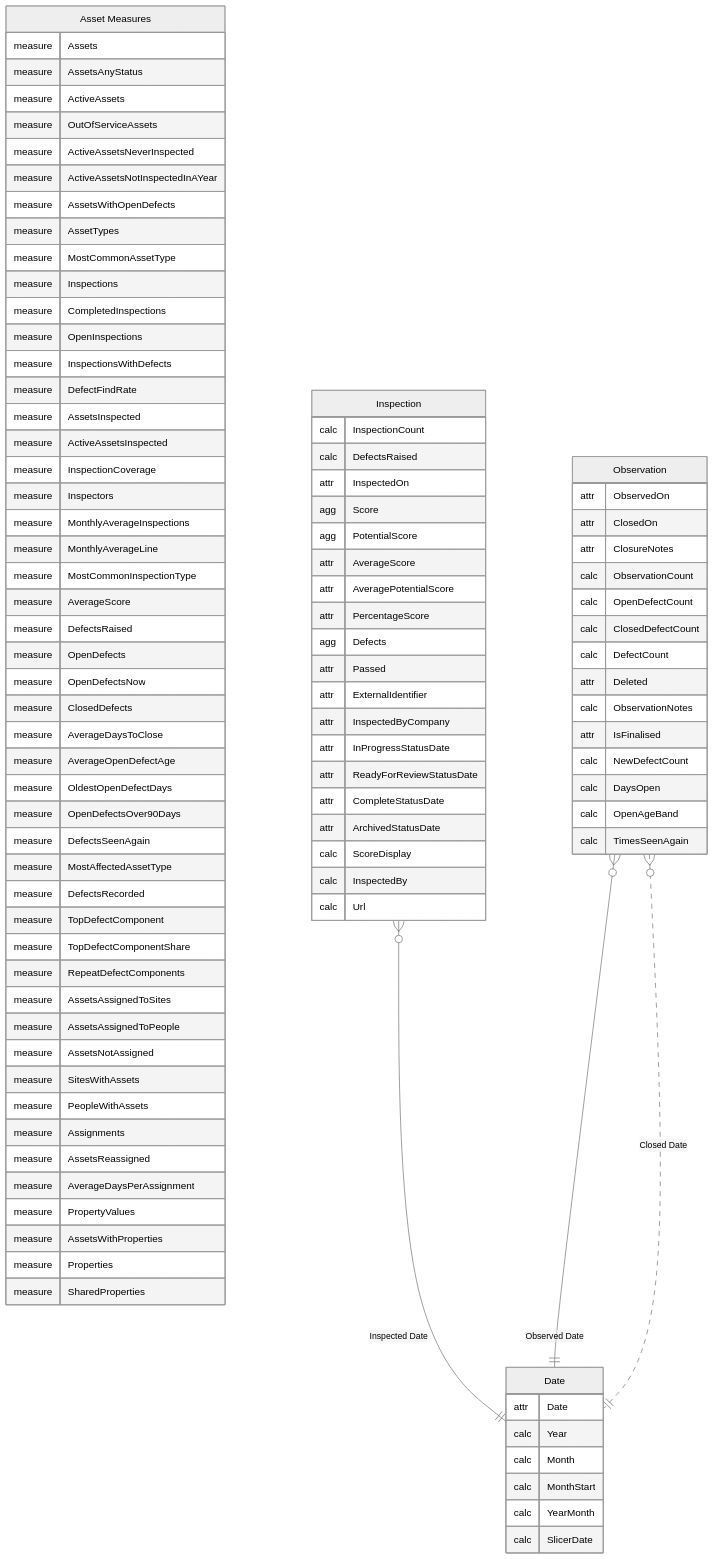
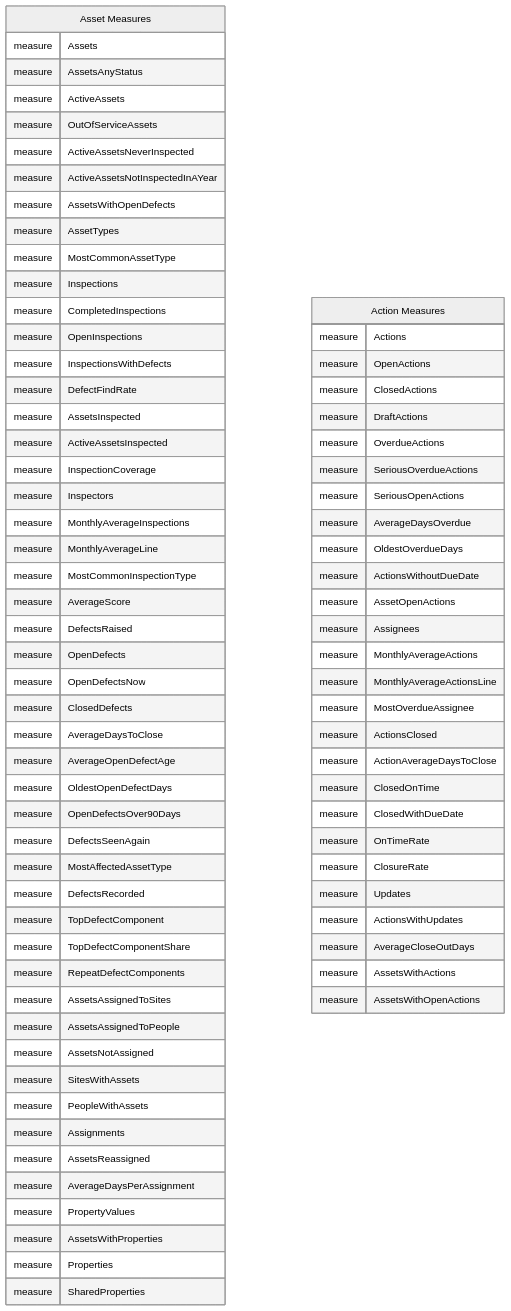
Before and after one commit to work-wallet/BIClient: diagram 15 of 16 in PowerBISamplesModels/Assets.md, drawn with Mermaid. The commit also changed 17 other files, not shown here.

````diff
--- a/PowerBISamplesModels/Assets.md
+++ b/PowerBISamplesModels/Assets.md
@@ -729,14 +748,6 @@
   theme: neutral
 ---
 erDiagram
-    "Date" {
-        attr Date
-        calc Year
-        calc Month
-        calc MonthStart
-        calc YearMonth
-        calc SlicerDate
-    }
     "Asset Measures" {
         measure Assets
         measure AssetsAnyStatus
@@ -787,44 +798,32 @@
         measure Properties
         measure SharedProperties
     }
-    "Inspection" {
-        calc InspectionCount
-        calc DefectsRaised
-        attr InspectedOn
-        agg Score
-        agg PotentialScore
-        attr AverageScore
-        attr AveragePotentialScore
-        attr PercentageScore
-        agg Defects
-        attr Passed
-        attr ExternalIdentifier
-        attr InspectedByCompany
-        attr InProgressStatusDate
-        attr ReadyForReviewStatusDate
-        attr CompleteStatusDate
-        attr ArchivedStatusDate
-        calc ScoreDisplay
-        calc InspectedBy
-        calc Url
+    "Action Measures" {
+        measure Actions
+        measure OpenActions
+        measure ClosedActions
+        measure DraftActions
+        measure OverdueActions
+        measure SeriousOverdueActions
+        measure SeriousOpenActions
+        measure AverageDaysOverdue
+        measure OldestOverdueDays
+        measure ActionsWithoutDueDate
+        measure AssetOpenActions
+        measure Assignees
+        measure MonthlyAverageActions
+        measure MonthlyAverageActionsLine
+        measure MostOverdueAssignee
+        measure ActionsClosed
+        measure ActionAverageDaysToClose
+        measure ClosedOnTime
+        measure ClosedWithDueDate
+        measure OnTimeRate
+        measure ClosureRate
+        measure Updates
+        measure ActionsWithUpdates
+        measure AverageCloseOutDays
+        measure AssetsWithActions
+        measure AssetsWithOpenActions
     }
-    "Observation" {
-        attr ObservedOn
-        attr ClosedOn
-        attr ClosureNotes
-        calc ObservationCount
-        calc OpenDefectCount
-        calc ClosedDefectCount
-        calc DefectCount
-        attr Deleted
-        calc ObservationNotes
-        attr IsFinalised
-        calc NewDefectCount
-        calc DaysOpen
-        calc OpenAgeBand
-        calc TimesSeenAgain
-    }
-    "Inspection" }o--|| "Date" : "Inspected Date"
-    "Observation" }o--|| "Date" : "Observed Date"
-    "Observation" }o..|| "Date" : "Closed Date"
 ```
````
